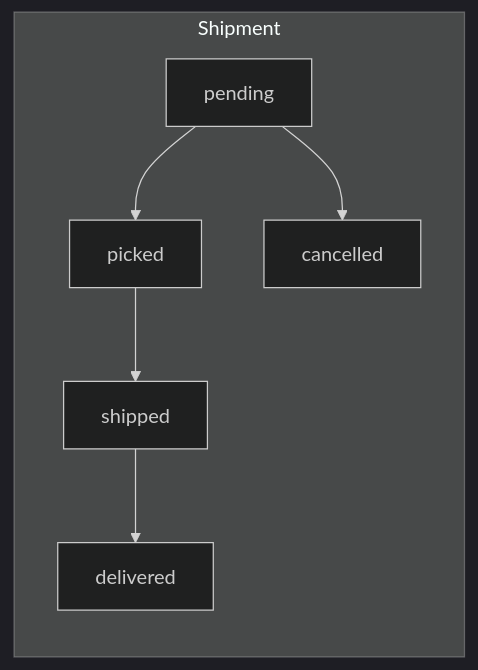
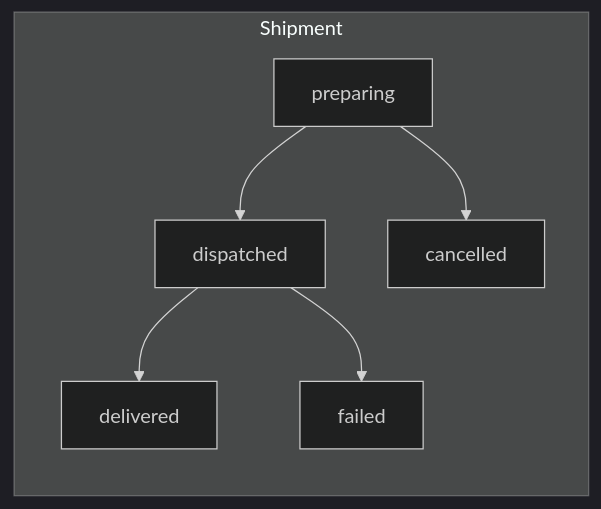
Before and after one commit to TUL09/tul-b2b-platform: the third of 3 diagrams in PRODUCT_REQUIREMENTS.md, drawn with Mermaid (dark theme). The commit also changed other lines of this file and 8 other files, not shown here.

````diff
--- a/PRODUCT_REQUIREMENTS.md
+++ b/PRODUCT_REQUIREMENTS.md
@@ -129,9 +130,9 @@
 ```mermaid
 graph LR
   subgraph "Shipment"
-    SH_PENDING["pending"] --> SH_PICKED["picked"]
-    SH_PICKED --> SH_SHIPPED["shipped"]
-    SH_SHIPPED --> SH_DELIVERED["delivered"]
-    SH_PENDING --> SH_CANCELLED["cancelled"]
+    SH_PREPARING["preparing"] --> SH_DISPATCHED["dispatched"]
+    SH_DISPATCHED --> SH_DELIVERED["delivered"]
+    SH_PREPARING --> SH_CANCELLED["cancelled"]
+    SH_DISPATCHED --> SH_FAILED["failed"]
   end
 ```
````
